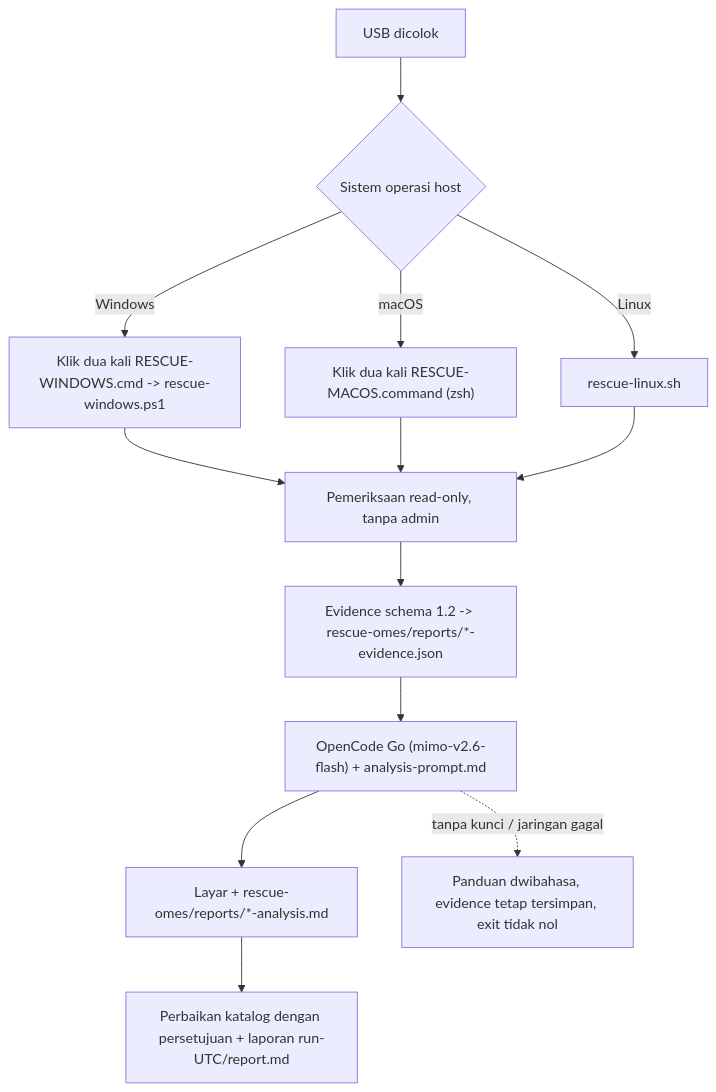
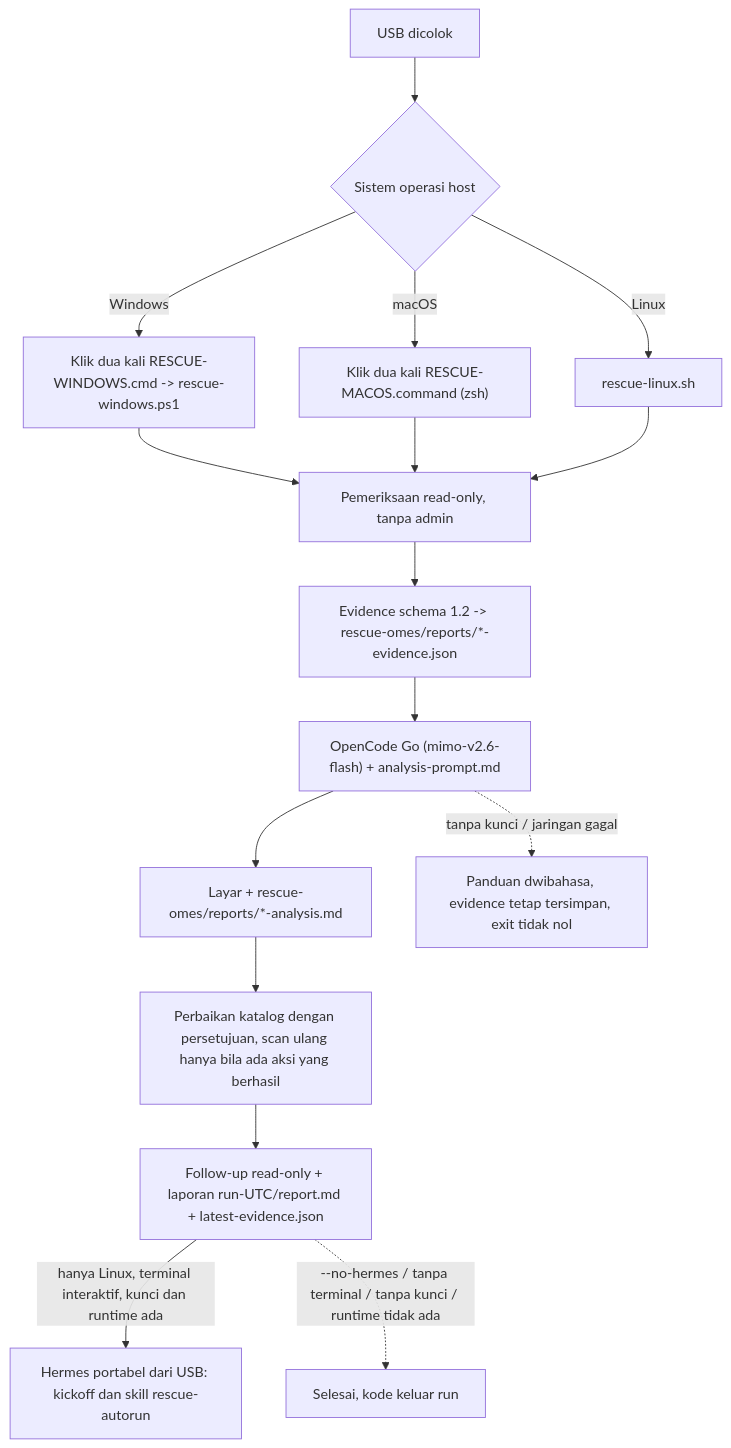
One commit to ahliweb/linux-mint-xfce-rescue-ai changed the diagram in docs/host-launchers.md. Above: the diagram before and after it, drawn with Mermaid. The commit also changed other lines of this file and 2 other files, not shown here.

Commit message:
docs: Linux host launcher opens Hermes automatically (#71)

````diff
--- a/docs/host-launchers.md
+++ b/docs/host-launchers.md
@@ -20,15 +22,18 @@
 ```mermaid
 flowchart TD
     U[USB dicolok] --> D{Sistem operasi host}
     D -->|Windows| W["Klik dua kali RESCUE-WINDOWS.cmd -> rescue-windows.ps1"]
     D -->|macOS| M["Klik dua kali RESCUE-MACOS.command (zsh)"]
     D -->|Linux| L["rescue-linux.sh"]
     W --> C[Pemeriksaan read-only, tanpa admin]
     M --> C
     L --> C
     C --> E["Evidence schema 1.2 -> rescue-omes/reports/*-evidence.json"]
     E --> A["OpenCode Go (mimo-v2.6-flash) + analysis-prompt.md"]
     A --> R["Layar + rescue-omes/reports/*-analysis.md"]
-    R --> X["Perbaikan katalog dengan persetujuan + laporan run-UTC/report.md"]
+    R --> X["Perbaikan katalog dengan persetujuan, scan ulang hanya bila ada aksi yang berhasil"]
+    X --> F["Follow-up read-only + laporan run-UTC/report.md + latest-evidence.json"]
+    F -->|"hanya Linux, terminal interaktif, kunci dan runtime ada"| H["Hermes portabel dari USB: kickoff dan skill rescue-autorun"]
+    F -. "--no-hermes / tanpa terminal / tanpa kunci / runtime tidak ada" .-> Z[Selesai, kode keluar run]
     A -. tanpa kunci / jaringan gagal .-> G[Panduan dwibahasa, evidence tetap tersimpan, exit tidak nol]
 ```
````
